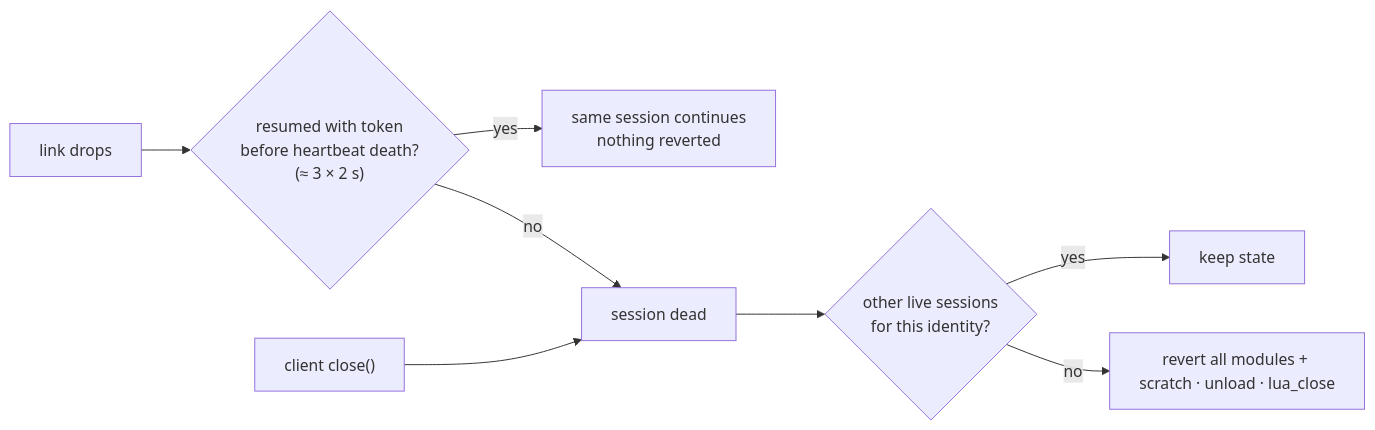
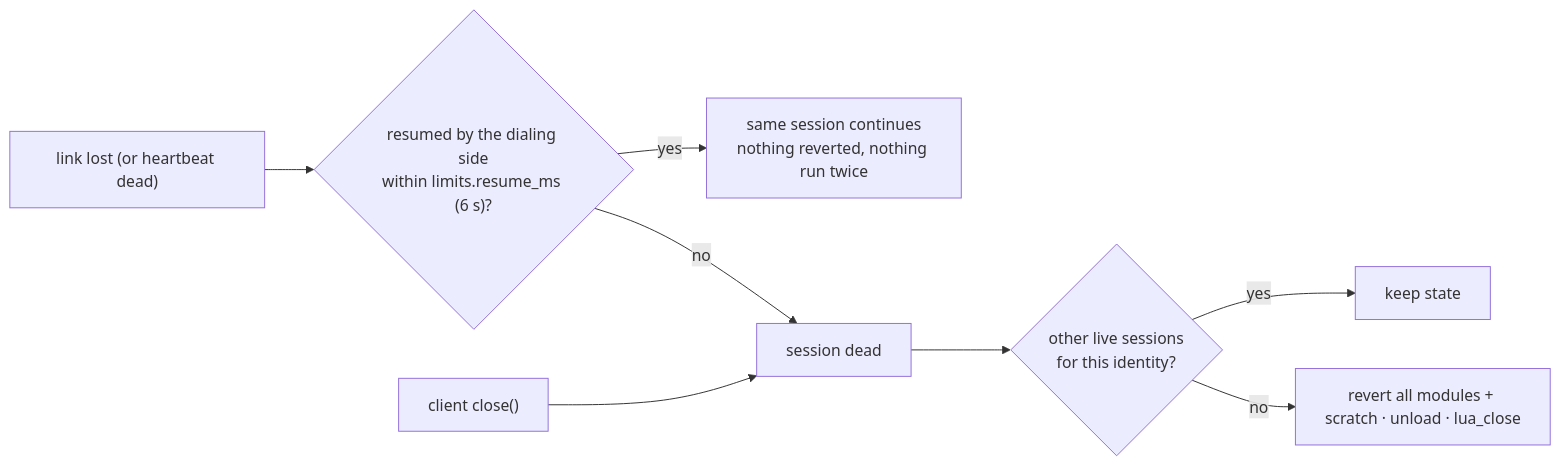
Before and after one commit to tonytranrp/RHP: the seventh of 14 diagrams in Docs/ARCHITECTURE.md, drawn with Mermaid. The commit also changed other lines of this file and 50 other files, not shown here.

````diff
--- a/Docs/ARCHITECTURE.md
+++ b/Docs/ARCHITECTURE.md
@@ -484,10 +498,10 @@
 ```mermaid
 flowchart LR
-    A["link drops"] --> B{"resumed with token<br/>before heartbeat death?<br/>(≈ 3 × 2 s)"}
-    B -- yes --> C["same session continues<br/>nothing reverted"]
+    A["link lost (or heartbeat dead)"] --> B{"resumed by the dialing side<br/>within limits.resume_ms (6 s)?"}
+    B -- yes --> C["same session continues<br/>nothing reverted, nothing run twice"]
     B -- no --> D["session dead"]
     E["client close()"] --> D
     D --> F{"other live sessions<br/>for this identity?"}
     F -- yes --> G["keep state"]
     F -- no --> H["revert all modules + scratch · unload · lua_close"]
 ```
````
